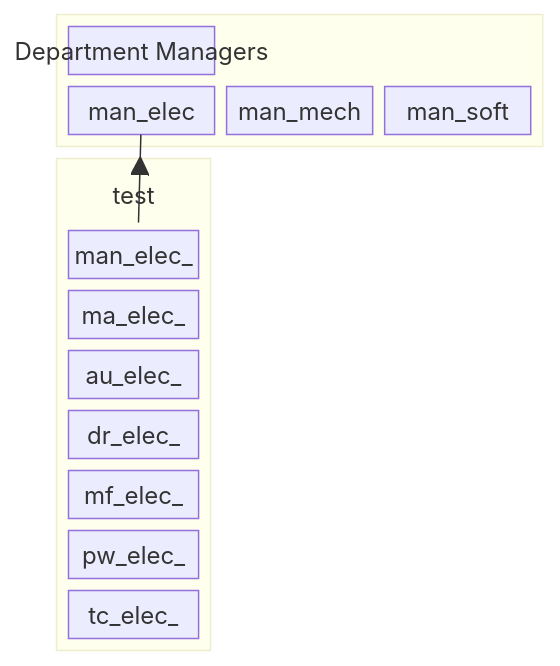
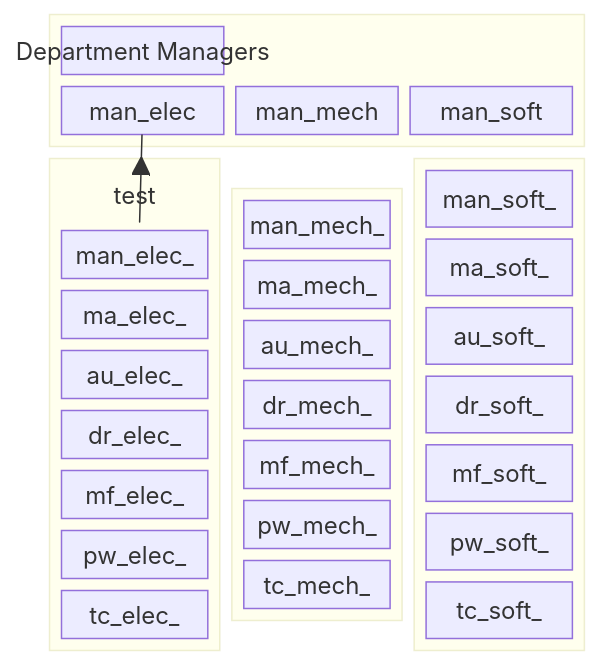
The diagram in README.md (FooGiGo-Org/.github), drawn with Mermaid before and after one commit.

Commit message:
Fix typos in block identifiers in README.md

````diff
--- a/README.md
+++ b/README.md
@@ -1,48 +1,48 @@
 ```mermaid
 ---
 title: SCRB Matrix Organization
 ---
 block
     columns 3
     block:test:3
         columns 3
         man["Department Managers"]:3
         man_elec man_mech man_soft
     end
     block:meme:1
         columns 1
         uct("test")
         man_elec_
         ma_elec_
         au_elec_
         dr_elec_
         mf_elec_
         pw_elec_
         tc_elec_
     end
-    block:meme:1
+    block:memm:1
         columns 1
         uct("test")
         man_mech_
         ma_mech_
         au_mech_
         dr_mech_
         mf_mech_
         pw_mech_
         tc_mech_
     end
-    block:meme:1
+    block:mems:1
         columns 1
         uct("test")
         man_soft_
         ma_soft_
         au_soft_
         dr_soft_
         mf_soft_
         pw_soft_
         tc_soft_
     end
     man_elec --> meme
 class uct BT
 classDef BT stroke:transparent,fill:transparent
 ```
````
